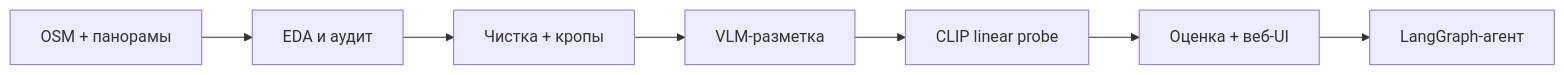
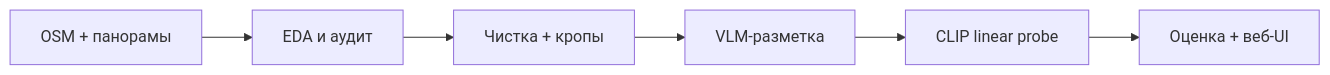
One commit to mfclabber/aith_junior_ml_contest changed the diagram in README.md. Above: the diagram before and after it, drawn with Mermaid. The commit also changed other lines of this file, not shown here.

````diff
--- a/README.md
+++ b/README.md
@@ -43,9 +43,8 @@
 ```mermaid
 flowchart LR
   A[OSM + панорамы] --> B[EDA и аудит]
   B --> C[Чистка + кропы]
   C --> D[VLM-разметка]
   D --> E[CLIP linear probe]
   E --> F[Оценка + веб-UI]
-  F --> G[LangGraph-агент]
 ```
````
